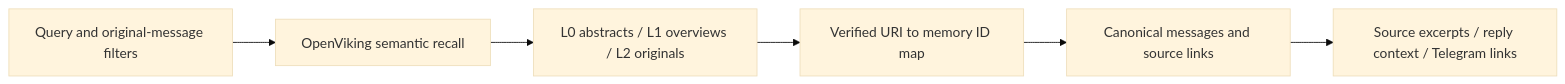
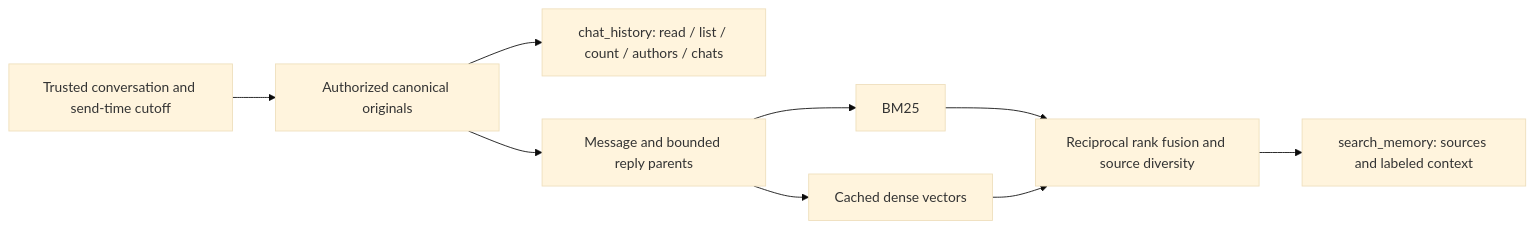
The diagram in docs/design/chat-memory.md (Lancetnik/dashulya), drawn with Mermaid (base theme) before and after one commit. The commit also changed other lines of this file and 102 other files, not shown here.

First line of the commit message:
Unify chat memory in PostgreSQL and improve contextual replies (#20)

````diff
--- a/docs/design/chat-memory.md
+++ b/docs/design/chat-memory.md
@@ -8,8 +11,11 @@
 ```mermaid
 flowchart LR
-    Query[Query and original-message filters] --> Index[OpenViking semantic recall]
-    Index --> Layers[L0 abstracts / L1 overviews / L2 originals]
-    Layers --> Map[Verified URI to memory ID map]
-    Map --> SQLite[Canonical messages and source links]
-    SQLite --> Evidence[Source excerpts / reply context / Telegram links]
+    Request[Trusted conversation and send-time cutoff] --> Scope[Authorized canonical originals]
+    Scope --> History[chat_history: read / list / count / authors / chats]
+    Scope --> Blocks[Message and bounded reply parents]
+    Blocks --> Lexical[BM25]
+    Blocks --> Dense[Cached dense vectors]
+    Lexical --> Fusion[Reciprocal rank fusion and source diversity]
+    Dense --> Fusion
+    Fusion --> Recall[search_memory: sources and labeled context]
 ```
````
